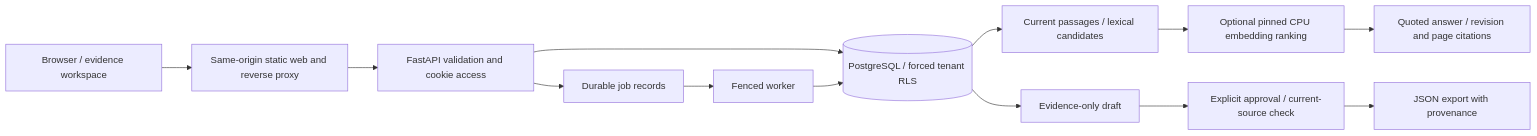
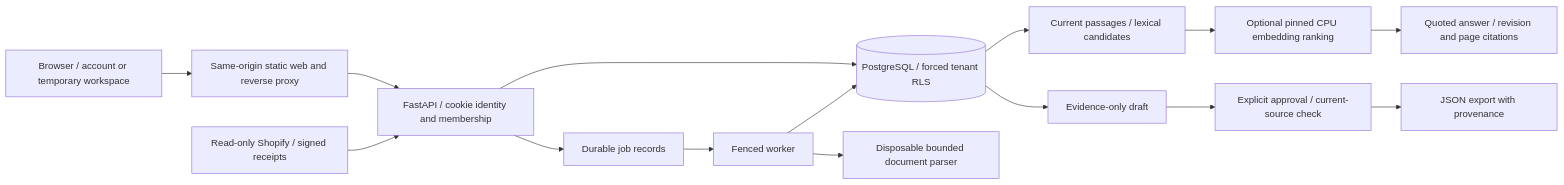
Before and after one commit to Zahidulislam2222/VeriCommerce-AI: the diagram in docs/CORE-ARCHITECTURE.md, drawn with Mermaid. The commit also changed other lines of this file and 249 other files, not shown here.

Commit message:
Implement accounts, evidence ingestion and read-only Shopify workflows

````diff
--- a/docs/CORE-ARCHITECTURE.md
+++ b/docs/CORE-ARCHITECTURE.md
@@ -5,15 +5,17 @@
 ```mermaid
 flowchart LR
-    Browser[Browser / evidence workspace] --> Web[Same-origin static web and reverse proxy]
-    Web --> API[FastAPI validation and cookie access]
+    Browser[Browser / account or temporary workspace] --> Web[Same-origin static web and reverse proxy]
+    Web --> API[FastAPI / cookie identity and membership]
     API --> DB[(PostgreSQL / forced tenant RLS)]
     API --> Jobs[Durable job records]
     Jobs --> Worker[Fenced worker]
     Worker --> DB
+    Worker --> Parser[Disposable bounded document parser]
+    Shopify[Read-only Shopify / signed receipts] --> API
     DB --> Search[Current passages / lexical candidates]
     Search --> Rank[Optional pinned CPU embedding ranking]
     Rank --> Answer[Quoted answer / revision and page citations]
     DB --> Draft[Evidence-only draft]
     Draft --> Approve[Explicit approval / current-source check]
     Approve --> Export[JSON export with provenance]
 ```
````
